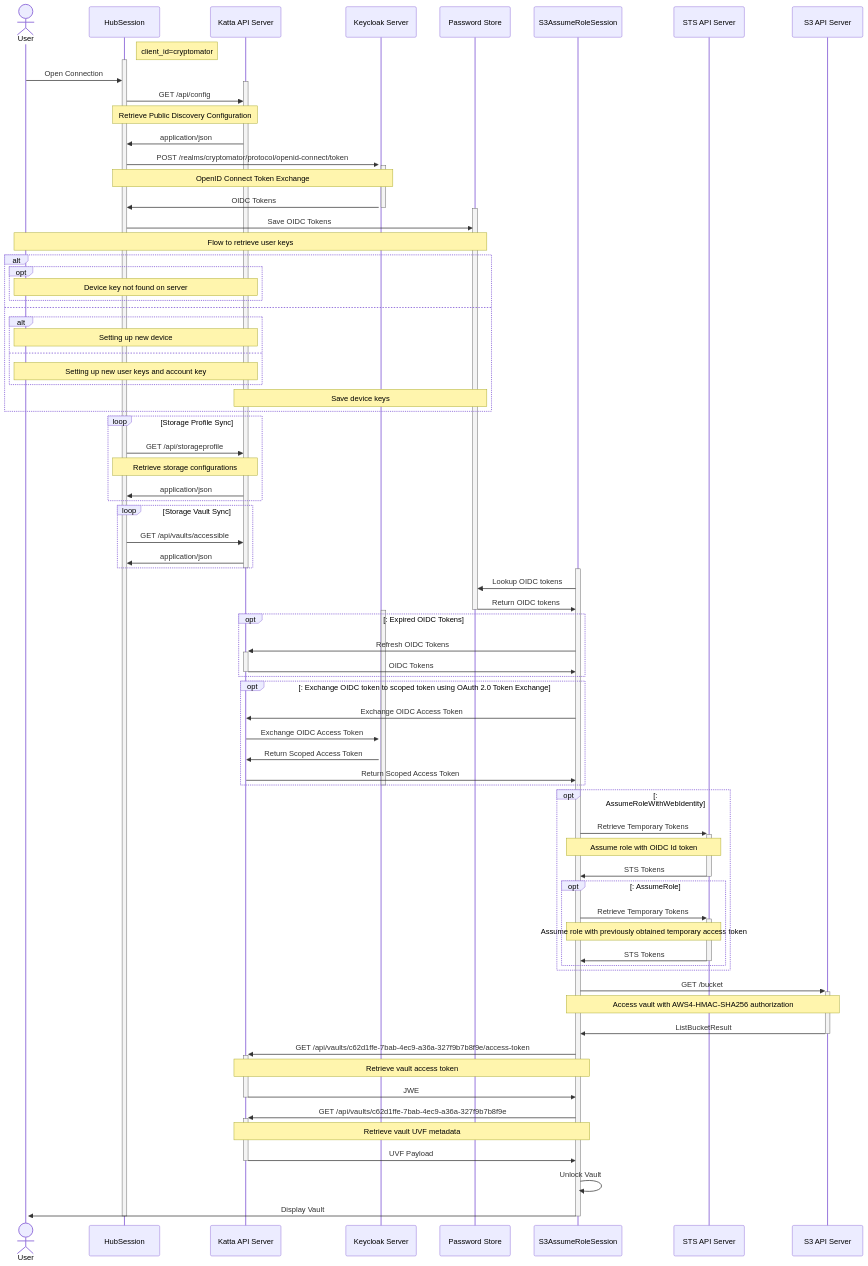
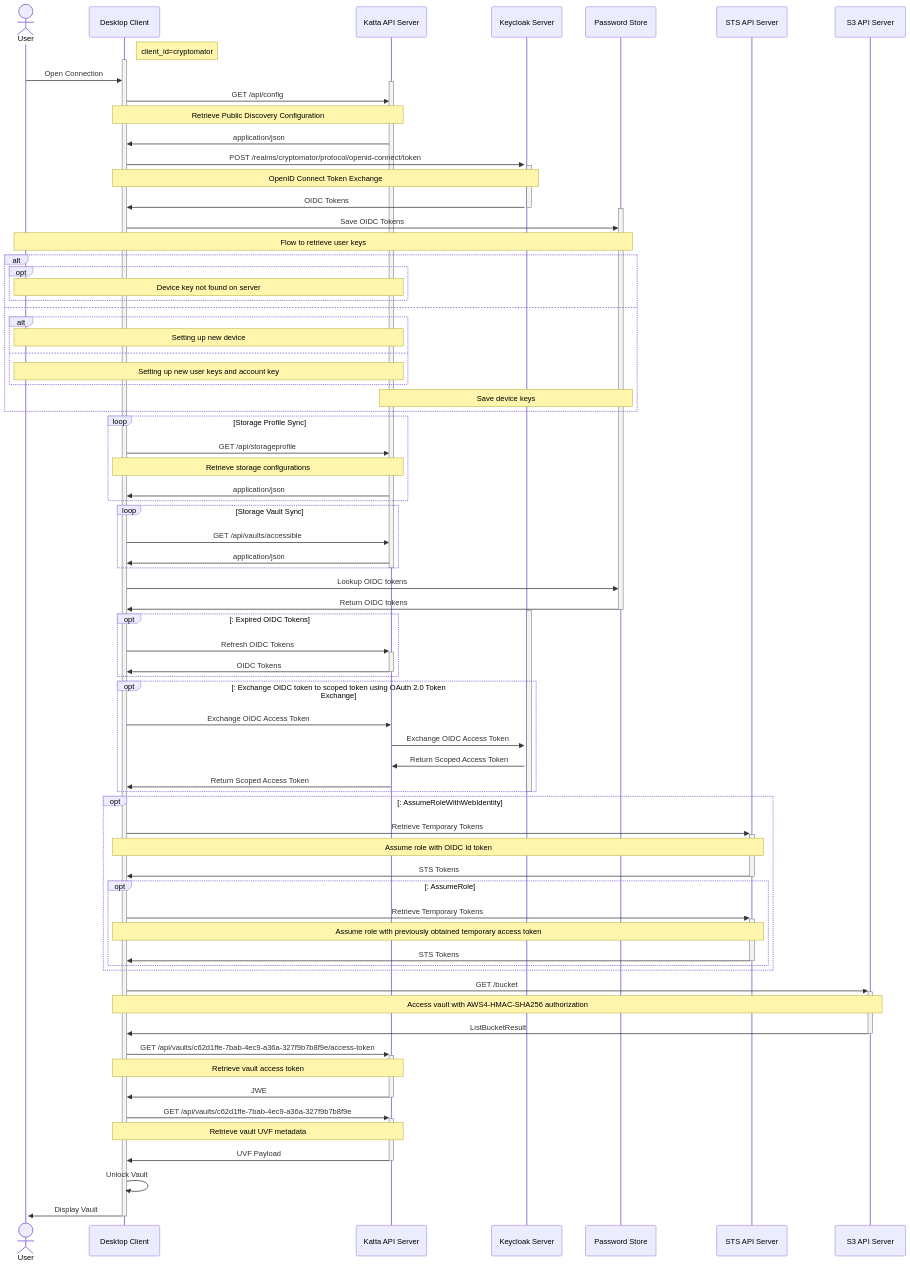
The second of 2 diagrams in 03_ARCHITECTURE.md (shift7-ch/katta-docs), drawn with Mermaid before and after one commit.

Commit message:
Remove internals but reference desktop client as `client` with connections to Katta API Server, Identity Server and S3 API.

````diff
--- a/03_ARCHITECTURE.md
+++ b/03_ARCHITECTURE.md
@@ -58,23 +58,23 @@
 ```mermaid
 sequenceDiagram
     actor User
-    participant session as HubSession
+    participant client as Desktop Client
     participant katta as Katta API Server
-    Note right of session: client_id=cryptomator
-    activate session
-    User ->> session: Open Connection
+    Note right of client: client_id=cryptomator
+    activate client
+    User ->> client: Open Connection
     activate katta
-    session ->> katta: GET /api/config
-    Note over session, katta: Retrieve Public Discovery Configuration
-    katta ->> session: application/json
+    client ->> katta: GET /api/config
+    Note over client, katta: Retrieve Public Discovery Configuration
+    katta ->> client: application/json
     participant keycloak as Keycloak Server
     activate keycloak
-    session ->>+ keycloak: POST /realms/cryptomator/protocol/openid-connect/token
-    Note over session, keycloak: OpenID Connect Token Exchange
-    keycloak ->>- session: OIDC Tokens
+    client ->>+ keycloak: POST /realms/cryptomator/protocol/openid-connect/token
+    Note over client, keycloak: OpenID Connect Token Exchange
+    keycloak ->>- client: OIDC Tokens
     participant keychain as Password Store
     activate keychain
-    session ->> keychain: Save OIDC Tokens
+    client ->> keychain: Save OIDC Tokens
     Note over User, keychain: Flow to retrieve user keys
     alt
         opt
@@ -90,59 +90,56 @@
     end
 
     loop Storage Profile Sync
-        session ->> katta: GET /api/storageprofile
-        Note over session, katta: Retrieve storage configurations
-        katta ->> session: application/json
+        client ->> katta: GET /api/storageprofile
+        Note over client, katta: Retrieve storage configurations
+        katta ->> client: application/json
     end
     loop Storage Vault Sync
-        session ->> katta: GET /api/vaults/accessible
-        katta ->> session: application/json
+        client ->> katta: GET /api/vaults/accessible
+        katta ->> client: application/json
     end
     deactivate katta
-    participant vault as S3AssumeRoleSession
-    activate vault
-    vault ->> keychain: Lookup OIDC tokens
-    keychain ->> vault: Return OIDC tokens
+    client ->> keychain: Lookup OIDC tokens
+    keychain ->> client: Return OIDC tokens
     deactivate keychain
     activate keycloak
 
     opt : Expired OIDC Tokens
-        vault ->>+ katta: Refresh OIDC Tokens
-        katta ->>- vault: OIDC Tokens
+        client ->>+ katta: Refresh OIDC Tokens
+        katta ->>- client: OIDC Tokens
     end
 
     opt : Exchange OIDC token to scoped token using OAuth 2.0 Token Exchange
-        vault ->> katta: Exchange OIDC Access Token
+        client ->> katta: Exchange OIDC Access Token
         katta ->> keycloak: Exchange OIDC Access Token
         keycloak ->> katta: Return Scoped Access Token
-        katta ->> vault: Return Scoped Access Token
+        katta ->> client: Return Scoped Access Token
     end
     deactivate keycloak
 
     opt : AssumeRoleWithWebIdentity
         participant sts as STS API Server
-        vault ->>+ sts: Retrieve Temporary Tokens
-        Note over vault, sts: Assume role with OIDC Id token
-        sts ->>- vault: STS Tokens
+        client ->>+ sts: Retrieve Temporary Tokens
+        Note over client, sts: Assume role with OIDC Id token
+        sts ->>- client: STS Tokens
         opt : AssumeRole
-            vault ->>+ sts: Retrieve Temporary Tokens
-            Note over vault, sts: Assume role with previously obtained temporary access token
-            sts ->>- vault: STS Tokens
+            client ->>+ sts: Retrieve Temporary Tokens
+            Note over client, sts: Assume role with previously obtained temporary access token
+            sts ->>- client: STS Tokens
         end
     end
 
     participant s3 as S3 API Server
-    vault ->>+ s3: GET /bucket
-    Note over vault, s3: Access vault with AWS4-HMAC-SHA256 authorization
-    s3 ->>- vault: ListBucketResult
-    vault ->>+ katta: GET /api/vaults/c62d1ffe-7bab-4ec9-a36a-327f9b7b8f9e/access-token
-    Note over vault, katta: Retrieve vault access token
-    katta ->>- vault: JWE
-    vault ->>+ katta: GET /api/vaults/c62d1ffe-7bab-4ec9-a36a-327f9b7b8f9e
-    Note over vault, katta: Retrieve vault UVF metadata
-    katta ->>- vault: UVF Payload
-    vault ->> vault: Unlock Vault
-    vault ->>+ User: Display Vault
-    deactivate vault
-    deactivate session
+    client ->>+ s3: GET /bucket
+    Note over client, s3: Access vault with AWS4-HMAC-SHA256 authorization
+    s3 ->>- client: ListBucketResult
+    client ->>+ katta: GET /api/vaults/c62d1ffe-7bab-4ec9-a36a-327f9b7b8f9e/access-token
+    Note over client, katta: Retrieve vault access token
+    katta ->>- client: JWE
+    client ->>+ katta: GET /api/vaults/c62d1ffe-7bab-4ec9-a36a-327f9b7b8f9e
+    Note over client, katta: Retrieve vault UVF metadata
+    katta ->>- client: UVF Payload
+    client ->> client: Unlock Vault
+    client ->>+ User: Display Vault
+    deactivate client
 ```
````
